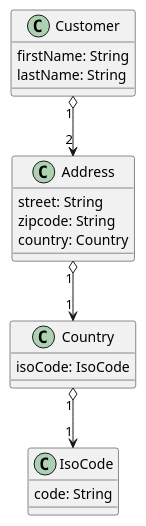
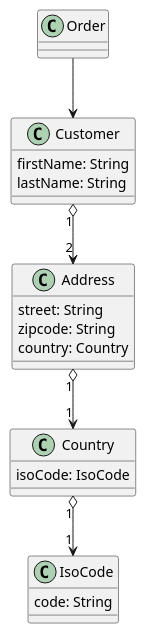
Before and after one commit to vivekmore/optional4j: the diagram in ioptional-specification/src/main/resources/model-class-diagram.puml, drawn with PlantUML. The commit also changed 6 other files, not shown here.

```diff
--- a/ioptional-specification/src/main/resources/model-class-diagram.puml
+++ b/ioptional-specification/src/main/resources/model-class-diagram.puml
@@ -2,22 +2,23 @@
 @startuml
 
 class Address{
     street: String
     zipcode: String
     country: Country
 }
 class Country{
     isoCode: IsoCode
 }
 class IsoCode{
     code: String
 }
 class Customer{
     firstName: String
     lastName: String
 }
 
+Order --> Customer
 Customer "1" o--> "2" Address
 Address "1" o--> "1" Country
 Country "1" o--> "1" IsoCode
 @enduml
```
